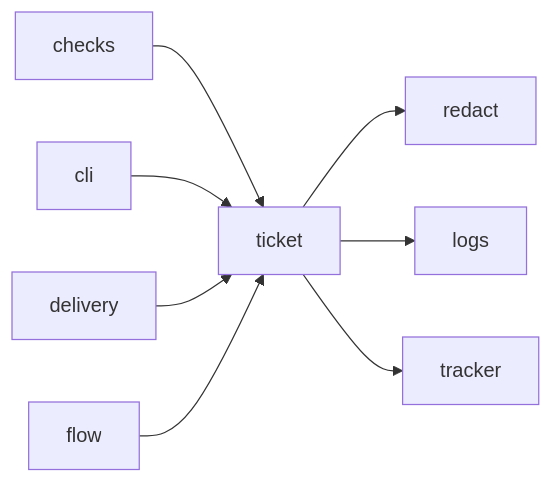
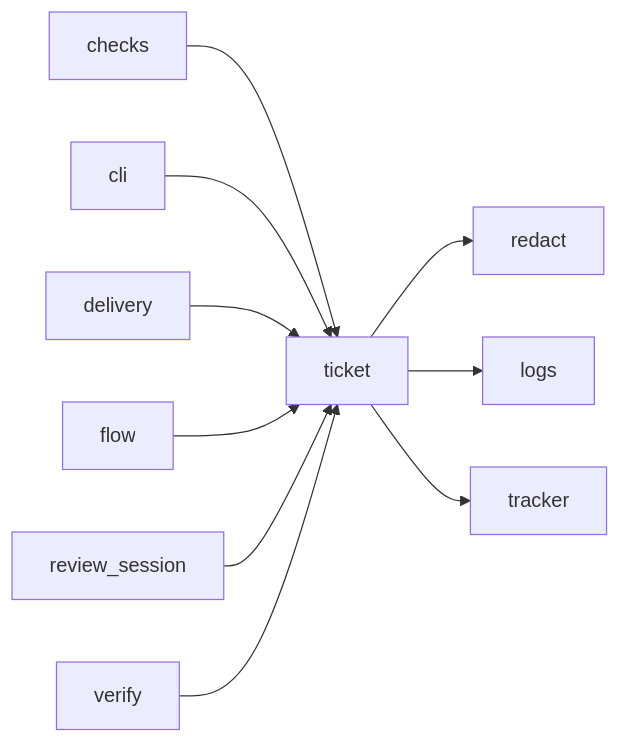
The diagram in docs/architecture/modules/ticket.md (plaplanche/ariane), drawn with Mermaid before and after one commit. The commit also changed other lines of this file and 25 other files, not shown here.

````diff
--- a/docs/architecture/modules/ticket.md
+++ b/docs/architecture/modules/ticket.md
@@ -18,10 +18,12 @@
 ```mermaid
 flowchart LR
   ticket --> redact
   ticket --> logs
   ticket --> tracker
   checks --> ticket
   cli --> ticket
   delivery --> ticket
   flow --> ticket
+  review_session --> ticket
+  verify --> ticket
 ```
````
